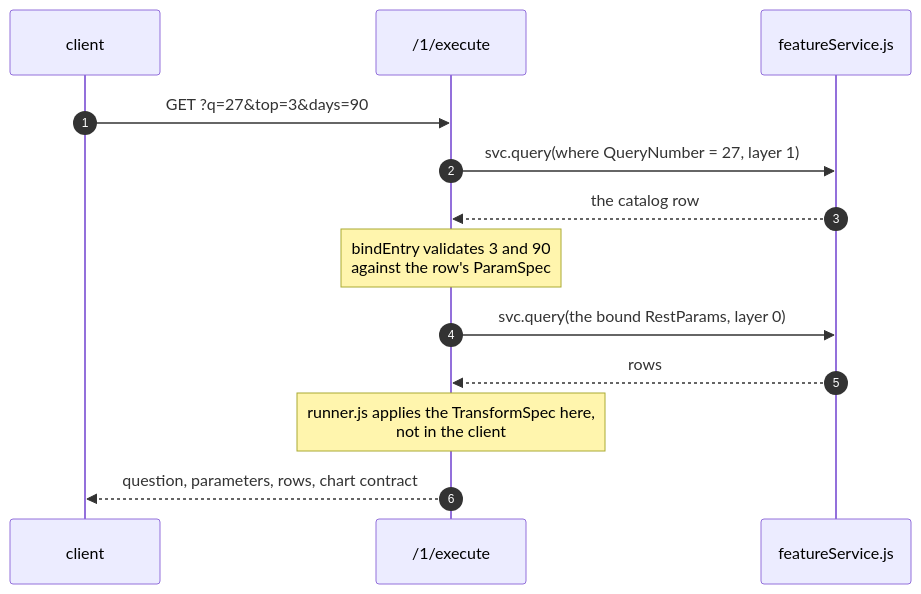
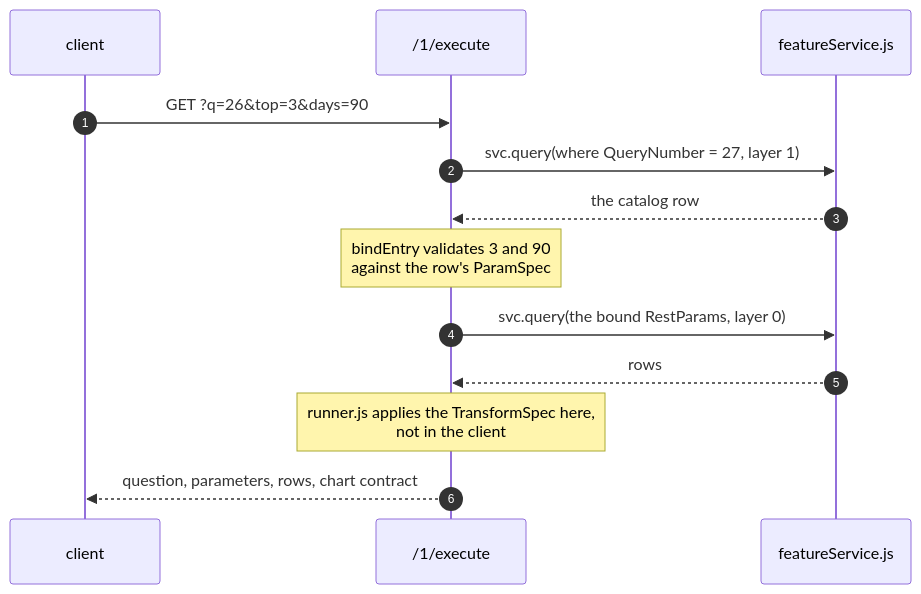
Before and after one commit to AshleyGahl/arcgis-rest-query-library: the fifth of 5 diagrams in docs/architecture.md, drawn with Mermaid. The commit also changed other lines of this file and 26 other files, not shown here.

````diff
--- a/docs/architecture.md
+++ b/docs/architecture.md
@@ -303,15 +303,15 @@
 ```mermaid
 sequenceDiagram
   autonumber
   participant C as client
   participant X as /1/execute
   participant E as featureService.js
-  C->>X: GET ?q=27&top=3&days=90
+  C->>X: GET ?q=26&top=3&days=90
   X->>E: svc.query(where QueryNumber = 27, layer 1)
   E-->>X: the catalog row
   Note over X: bindEntry validates 3 and 90<br/>against the row's ParamSpec
   X->>E: svc.query(the bound RestParams, layer 0)
   E-->>X: rows
   Note over X: runner.js applies the TransformSpec here,<br/>not in the client
   X-->>C: question, parameters, rows, chart contract
 ```
````
